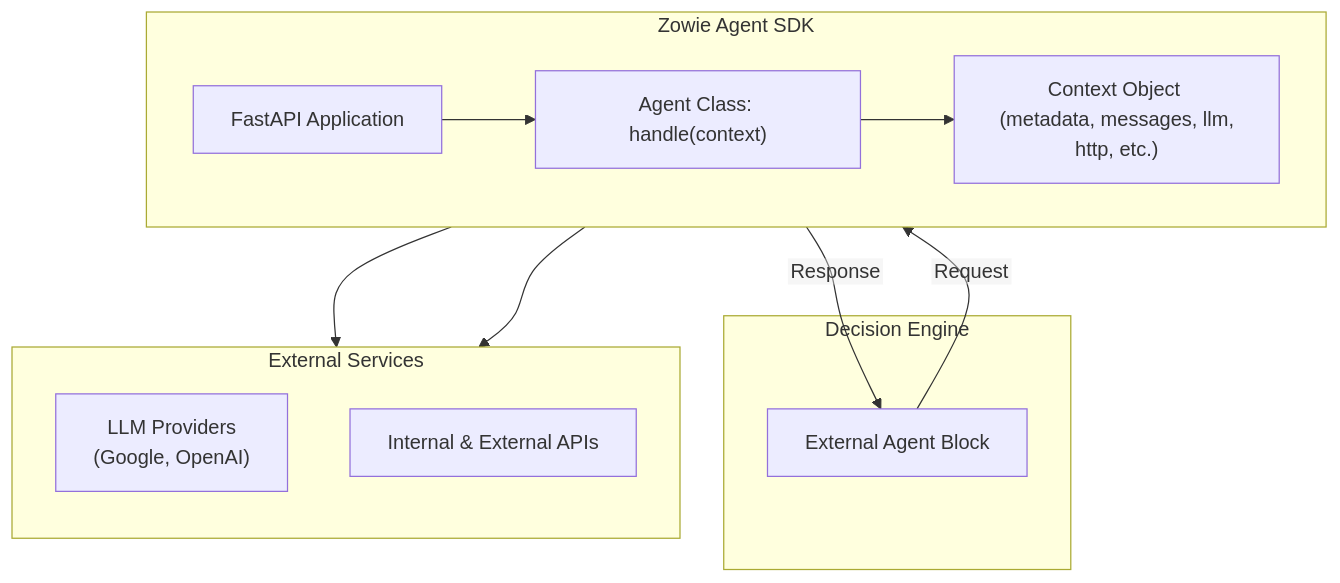
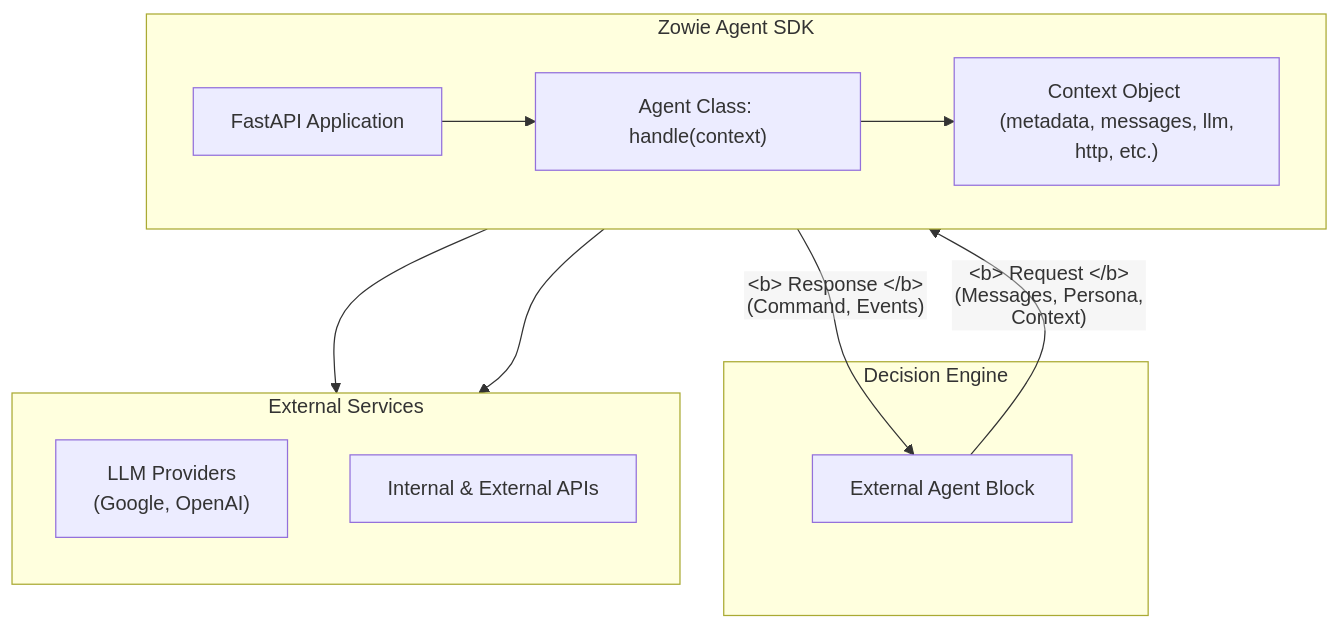
The diagram in README.md (chatbotizeteam/zowie-agent-sdk-python), drawn with Mermaid before and after one commit.

Commit message:
Diagram change

````diff
--- a/README.md
+++ b/README.md
@@ -46,26 +46,26 @@
 ```mermaid
 %%{init: {"flowchart": {"htmlLabels": false}} }%%
 
 flowchart TD
     subgraph DecisionEngine [Decision Engine]
         DE_Core[External Agent Block]
     end
 
     subgraph AgentSDK [Zowie Agent SDK]
         direction LR
         FastAPI[FastAPI Application] --> AgentClass["Agent Class: handle(context)"]
         AgentClass --> Context["Context Object <br/> (metadata, messages, llm, http, etc.)"]
     end
 
     subgraph ExternalServices [External Services]
         direction TB
         LLM["LLM Providers <br/> (Google, OpenAI)"]
         HTTP[Internal & External APIs]
     end
 
-    DE_Core -- Request --> FastAPI
-    FastAPI -- Response --> DE_Core
+    DE_Core -- "<b>Request</b><br/>(Messages, Persona, Context)" --> FastAPI
+    FastAPI -- "<b>Response</b><br/>(Command, Events)" --> DE_Core
 
     Context --> LLM
     Context --> HTTP
 ```
````
